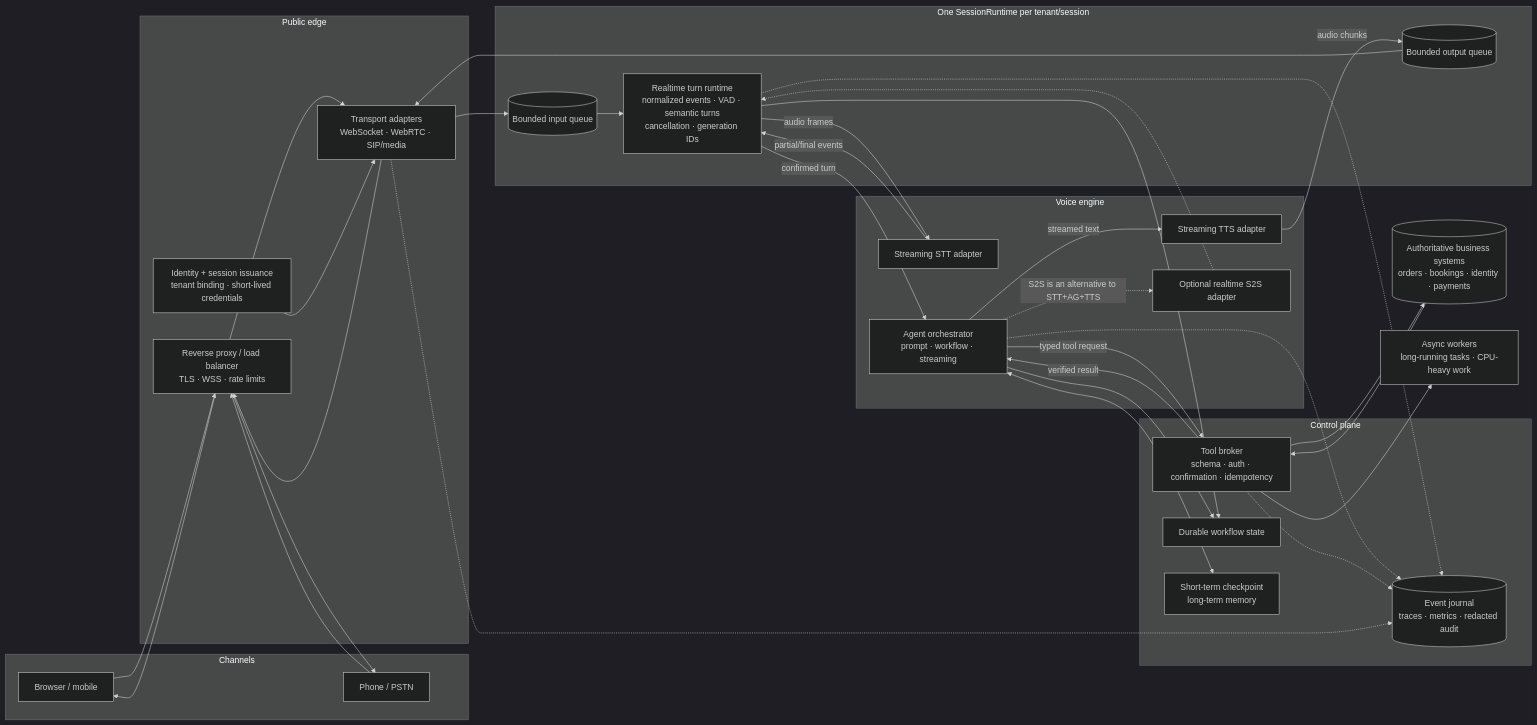
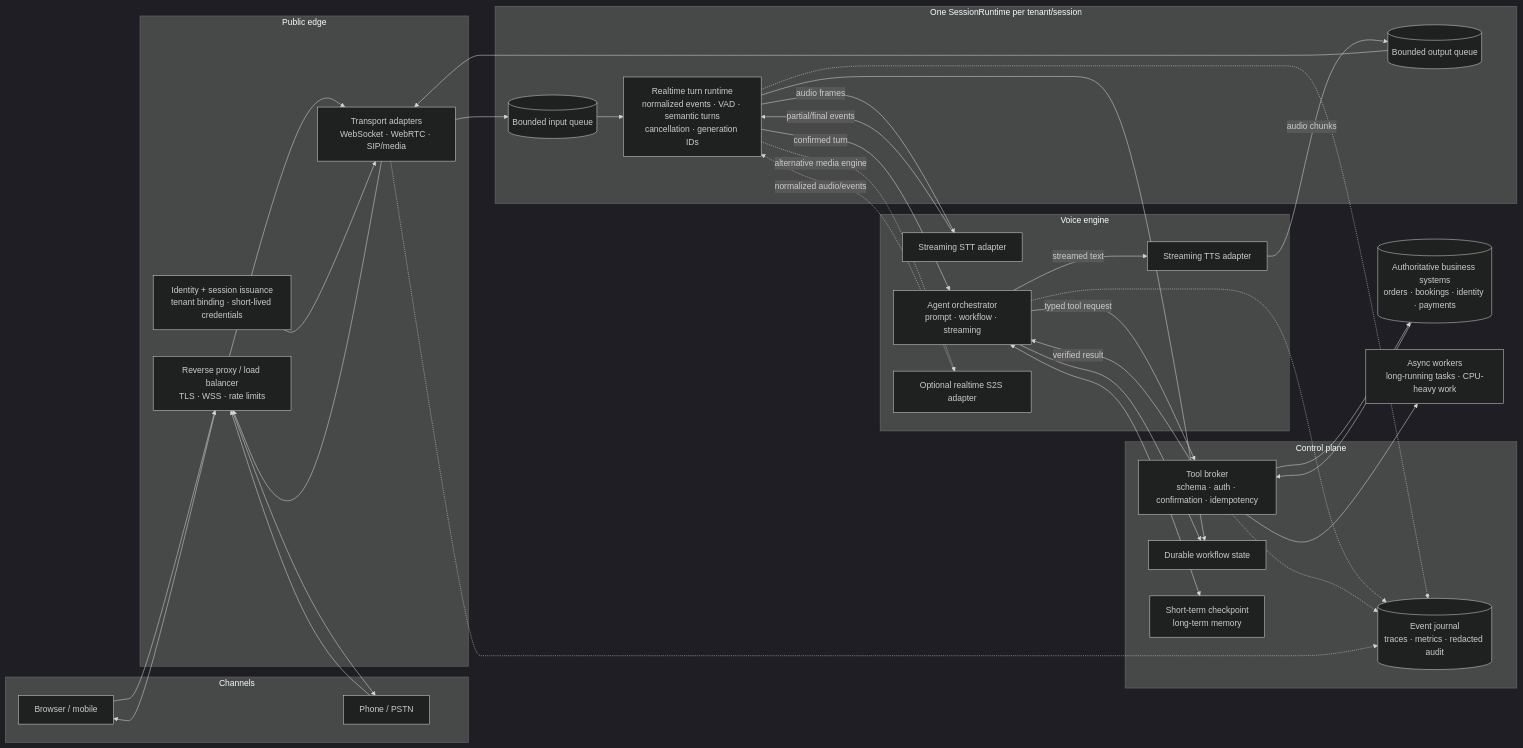
One commit to d-schneid/voice-agents changed the first of 10 diagrams in docs/voice-agent-architecture-diagrams.md. Above: the diagram before and after it, drawn with Mermaid (dark theme). The commit also changed other lines of this file, not shown here.

Commit message:
Audit voice agent architecture diagrams

````diff
--- a/docs/voice-agent-architecture-diagrams.md
+++ b/docs/voice-agent-architecture-diagrams.md
@@ -9,68 +22,68 @@
 ```mermaid
 flowchart LR
     subgraph CLIENTS[Channels]
         B[Browser / mobile]
         PH[Phone / PSTN]
     end
 
     subgraph EDGE[Public edge]
         G[Reverse proxy / load balancer<br/>TLS · WSS · rate limits]
         AD[Transport adapters<br/>WebSocket · WebRTC · SIP/media]
         ID[Identity + session issuance<br/>tenant binding · short-lived credentials]
     end
 
     subgraph RUNTIME[One SessionRuntime per tenant/session]
         IQ[(Bounded input queue)]
         RT[Realtime turn runtime<br/>normalized events · VAD · semantic turns<br/>cancellation · generation IDs]
         OQ[(Bounded output queue)]
     end
 
     subgraph ENGINE[Voice engine]
         STT[Streaming STT adapter]
         AG[Agent orchestrator<br/>prompt · workflow · streaming]
         TTS[Streaming TTS adapter]
         S2S[Optional realtime S2S adapter]
     end
 
     subgraph CONTROL[Control plane]
         TB[Tool broker<br/>schema · auth · confirmation · idempotency]
         WS[Durable workflow state]
         MEM[Short-term checkpoint<br/>long-term memory]
         EJ[(Event journal<br/>traces · metrics · redacted audit)]
     end
 
     APP[(Authoritative business systems<br/>orders · bookings · identity · payments)]
     JOBS[Async workers<br/>long-running tasks · CPU-heavy work]
 
     B --> G
     PH --> G
     G --> AD
     ID --> AD
     AD --> IQ
     IQ --> RT
     RT -->|audio frames| STT
     STT -->|partial/final events| RT
     RT -->|confirmed turn| AG
     AG -->|streamed text| TTS
     TTS -->|audio chunks| OQ
     OQ --> AD
     AD --> G
     G --> B
     G --> PH
 
-    AG -.->|S2S is an alternative to STT+AG+TTS| S2S
-    S2S -.-> RT
+    RT -.->|alternative media engine| S2S
+    S2S -.->|normalized audio/events| RT
 
     AG -->|typed tool request| TB
     TB --> APP
     APP --> TB
     TB -->|verified result| AG
     AG --> WS
     RT --> WS
     AG <--> MEM
     TB --> JOBS
     RT -.-> EJ
     AG -.-> EJ
     TB -.-> EJ
     AD -.-> EJ
 ```
````
